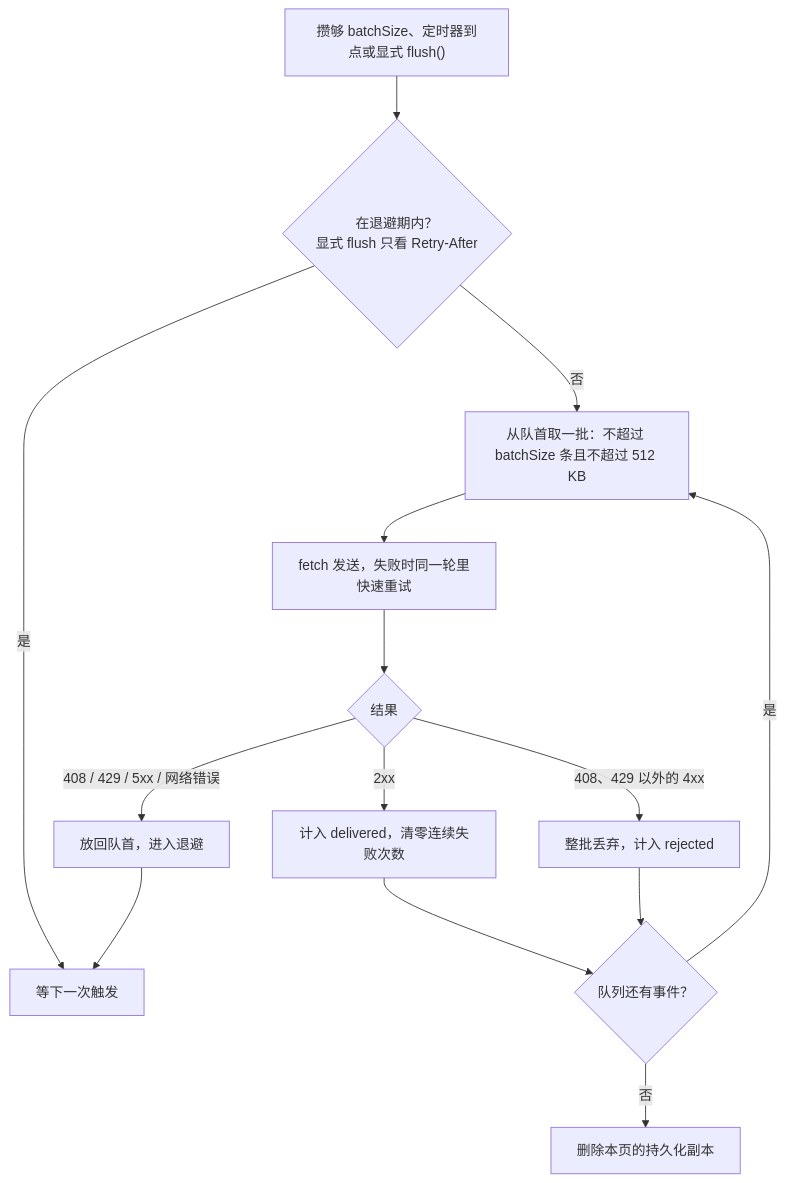
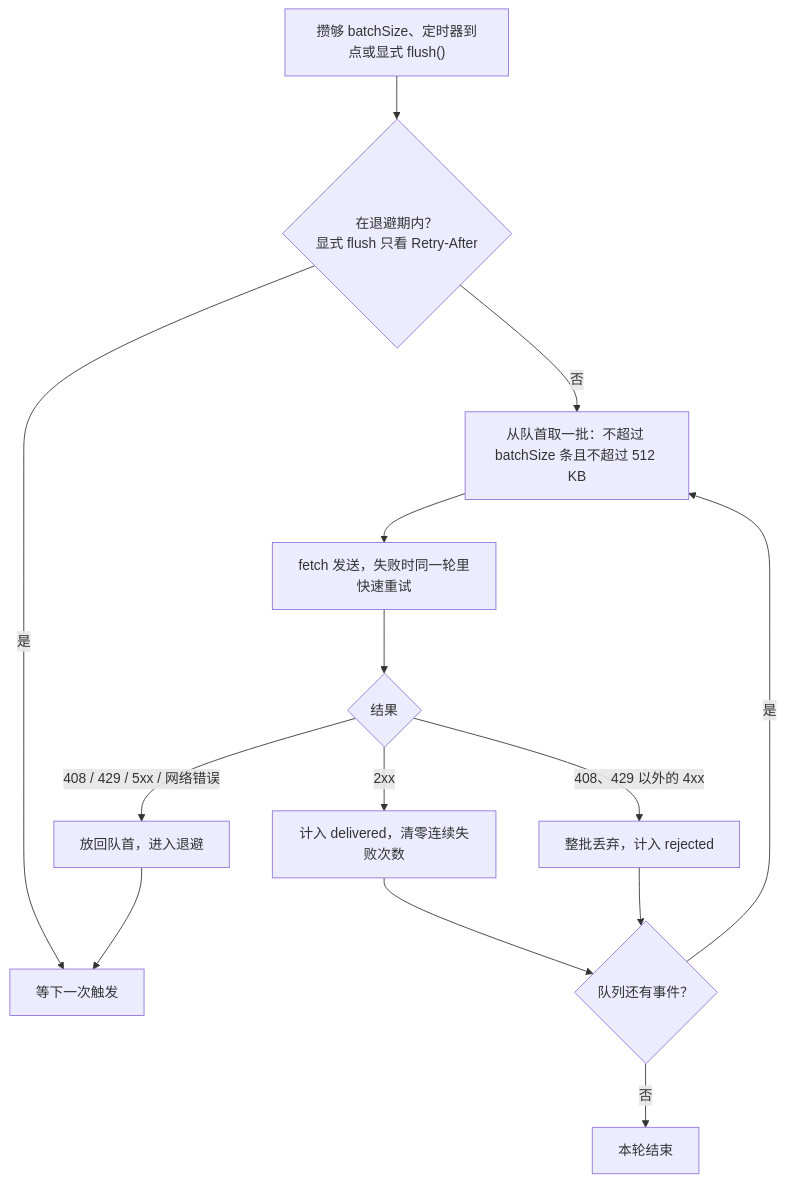
The fourth of 4 diagrams in docs/monitor-sdk.md (guiwzh/tracepilot), drawn with Mermaid before and after one commit. The commit also changed other lines of this file and 14 other files, not shown here.

````diff
--- a/docs/monitor-sdk.md
+++ b/docs/monitor-sdk.md
@@ -400,16 +394,16 @@
 ```mermaid
 flowchart TD
   T["攒够 batchSize、定时器到点或显式 flush()"] --> R{"在退避期内？<br/>显式 flush 只看 Retry-After"}
   R -- 是 --> W["等下一次触发"]
   R -- 否 --> B["从队首取一批：不超过 batchSize 条且不超过 512 KB"]
   B --> S["fetch 发送，失败时同一轮里快速重试"]
   S --> O{"结果"}
   O -- "2xx" --> OK["计入 delivered，清零连续失败次数"]
   OK --> M{"队列还有事件？"}
   M -- 是 --> B
-  M -- 否 --> D["删除本页的持久化副本"]
+  M -- 否 --> D["本轮结束"]
   O -- "408、429 以外的 4xx" --> X["整批丢弃，计入 rejected"]
   X --> M
   O -- "408 / 429 / 5xx / 网络错误" --> F["放回队首，进入退避"]
   F --> W
 ```
````
